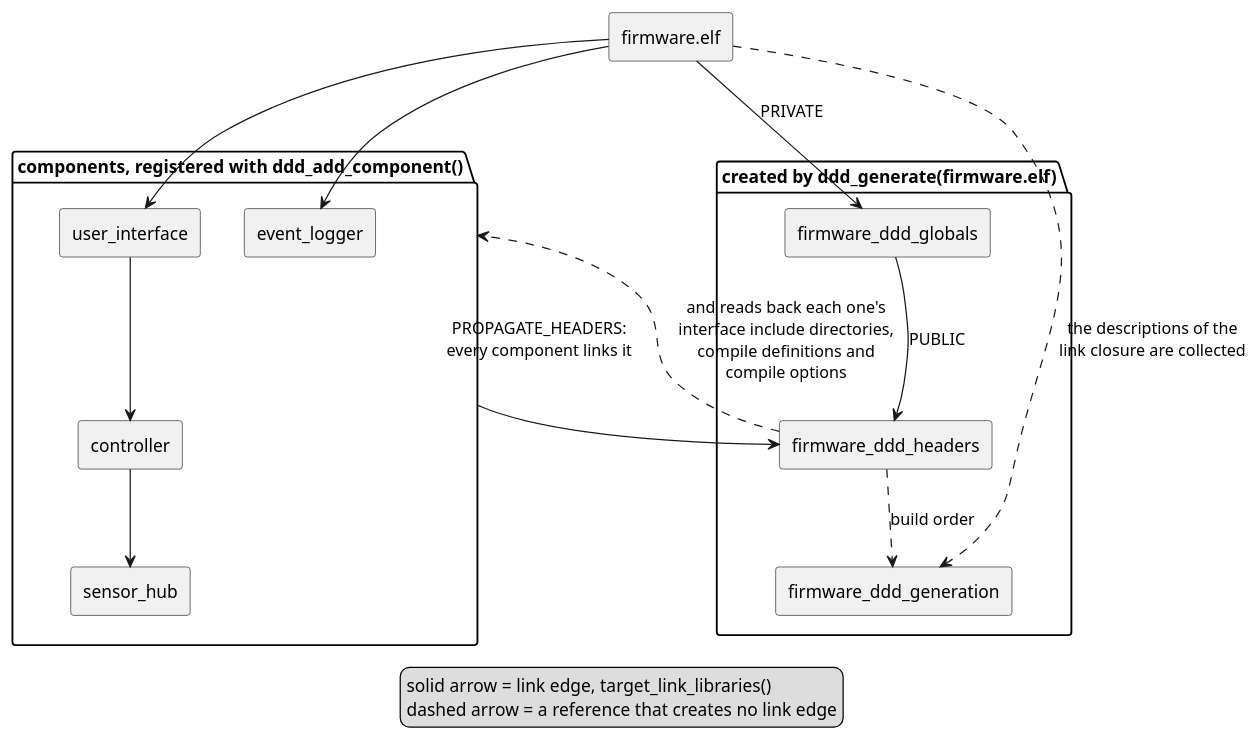
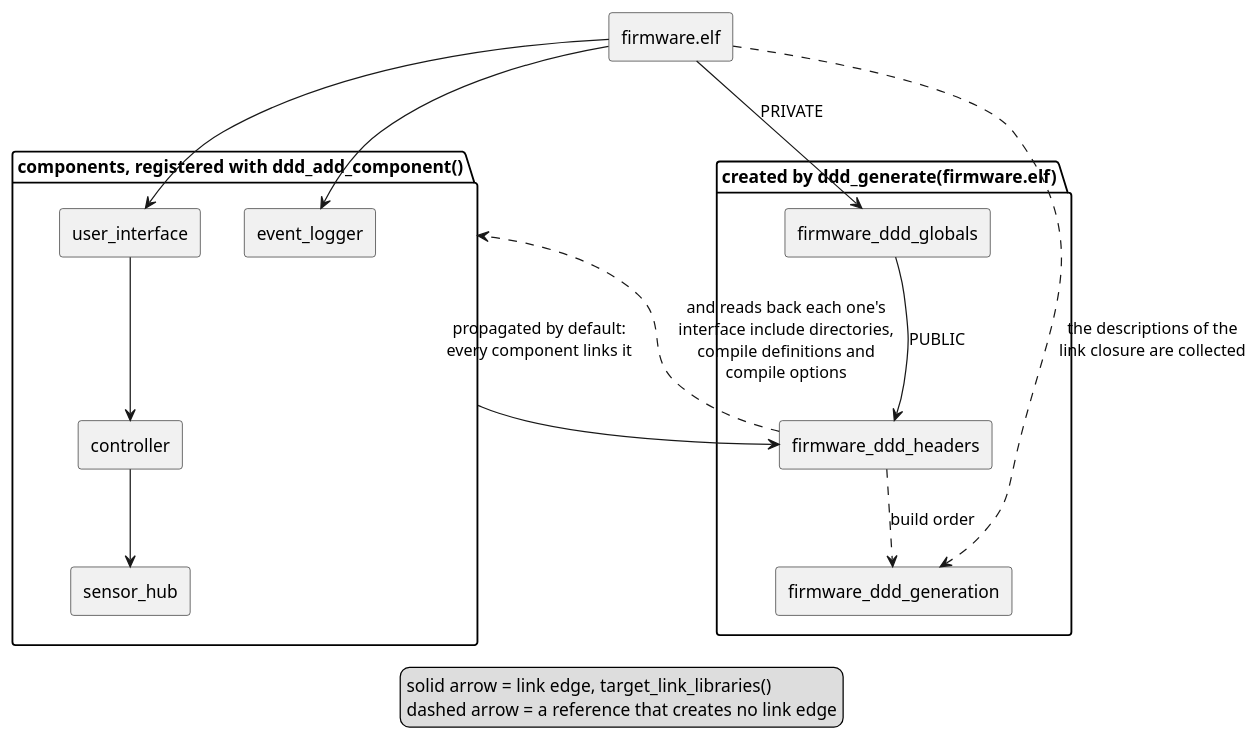
Before and after one commit to Sauci/ddd: the diagram in docs/build_integration.rst, drawn with PlantUML. The commit also changed other lines of this file and 13 other files, not shown here.

```diff
--- a/docs/build_integration.rst
+++ b/docs/build_integration.rst
@@ -275,36 +275,36 @@
 .. uml::
 
    top to bottom direction
 
    rectangle "firmware.elf" as image
 
    package "components, registered with ddd_add_component()" as components {
        rectangle "user_interface" as user_interface
        rectangle "controller" as controller
        rectangle "sensor_hub" as sensor_hub
        rectangle "event_logger" as event_logger
    }
 
    package "created by ddd_generate(firmware.elf)" as generated {
        rectangle "firmware_ddd_globals" as globals
        rectangle "firmware_ddd_headers" as headers
        rectangle "firmware_ddd_generation" as generation
    }
 
    image --> user_interface
    image --> event_logger
    user_interface --> controller
    controller --> sensor_hub
    image --> globals : PRIVATE
 
    globals --> headers : PUBLIC
    headers ..> generation : build order
    image ..> generation : the descriptions of the\nlink closure are collected
 
-   components --> headers : PROPAGATE_HEADERS:\nevery component links it
+   components --> headers : propagated by default:\nevery component links it
    headers ..> components : and reads back each one's\ninterface include directories,\ncompile definitions and\ncompile options
 
    legend bottom
      solid arrow = link edge, target_link_libraries()
      dashed arrow = a reference that creates no link edge
    endlegend
```
